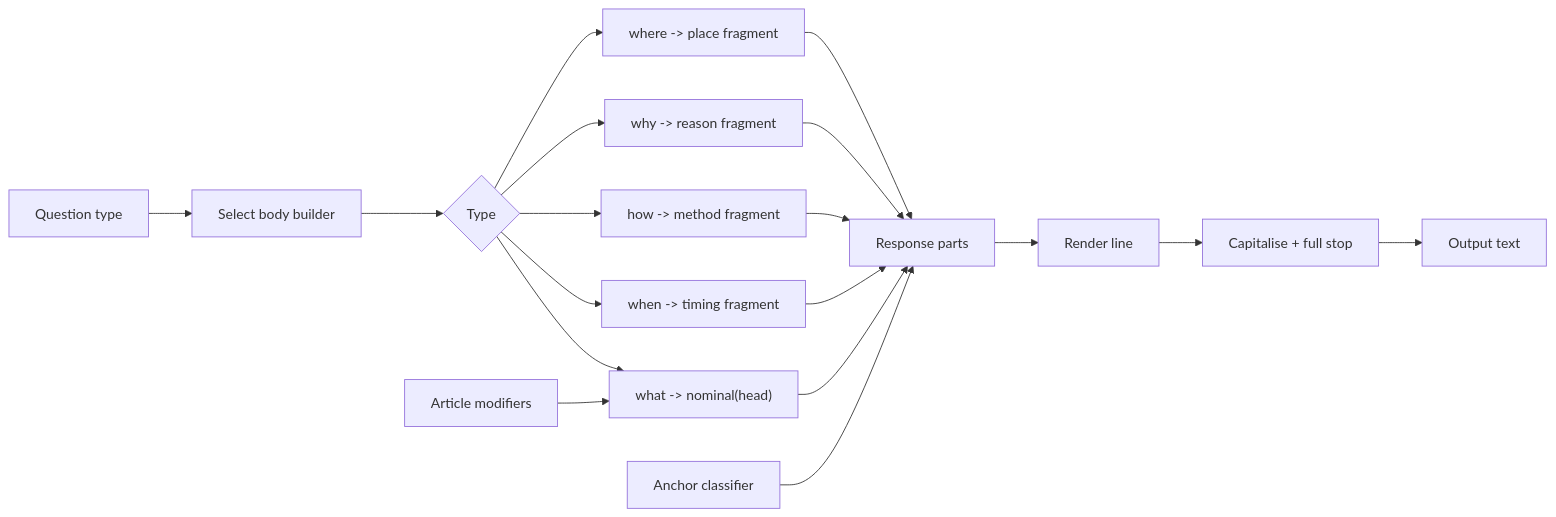
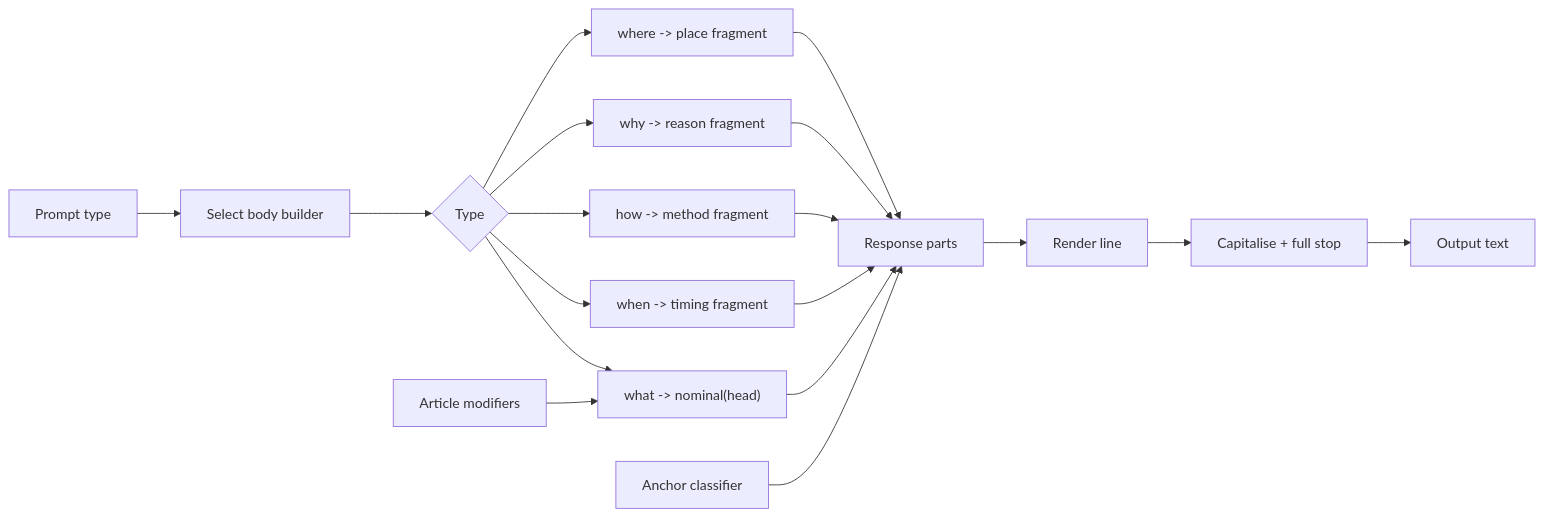
The diagram in README.md (tryskian/probaboracle), drawn with Mermaid before and after one commit. The commit also changed other lines of this file, not shown here.

````diff
--- a/README.md
+++ b/README.md
@@ -54,20 +55,20 @@
 ```mermaid
 flowchart LR
-    A["Question type"] --> B["Select body builder"]
+    A["Prompt type"] --> B["Select body builder"]
     B --> C{"Type"}
     C --> D["what -> nominal(head)"]
     C --> E["when -> timing fragment"]
     C --> F["how -> method fragment"]
     C --> G["why -> reason fragment"]
     C --> H["where -> place fragment"]
     D --> I["Response parts"]
     E --> I
     F --> I
     G --> I
     H --> I
     J["Anchor classifier"] --> I
     K["Article modifiers"] --> D
     I --> L["Render line"]
     L --> M["Capitalise + full stop"]
     M --> N["Output text"]
 ```
````
